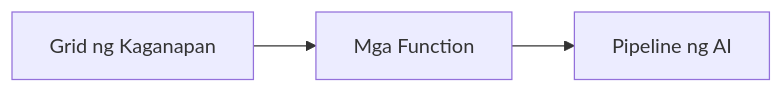
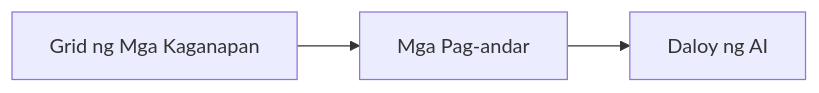
One commit to microsoft/AZD-for-beginners changed the second of 2 diagrams in translations/tl/docs/chapter-08-production/README.md. Above: the diagram before and after it, drawn with Mermaid. The commit also changed other lines of this file and 104 other files, not shown here.

````diff
--- a/translations/tl/docs/chapter-08-production/README.md
+++ b/translations/tl/docs/chapter-08-production/README.md
@@ -56,4 +57,4 @@
 ```mermaid
 graph LR
-    EventGrid[Grid ng Kaganapan] --> Functions[Mga Function] --> Pipeline[Pipeline ng AI]
+    EventGrid[Grid ng Mga Kaganapan] --> Functions[Mga Pag-andar] --> Pipeline[Daloy ng AI]
 ```
````
